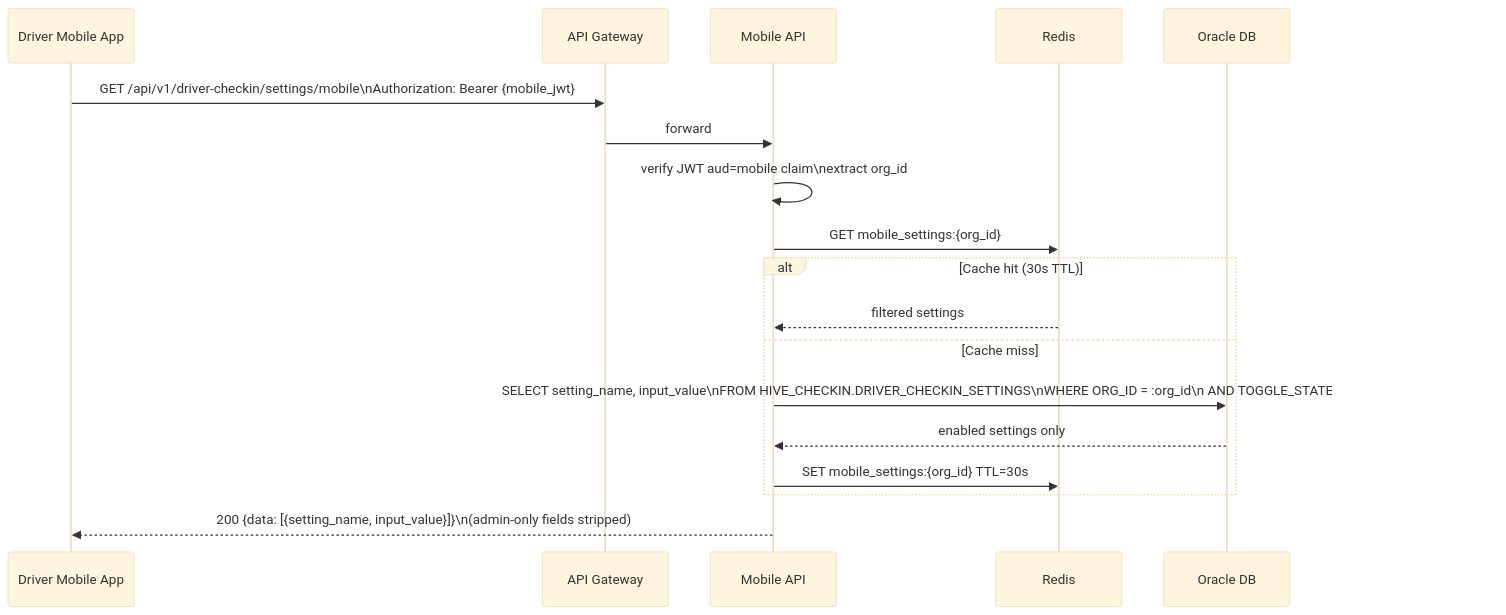
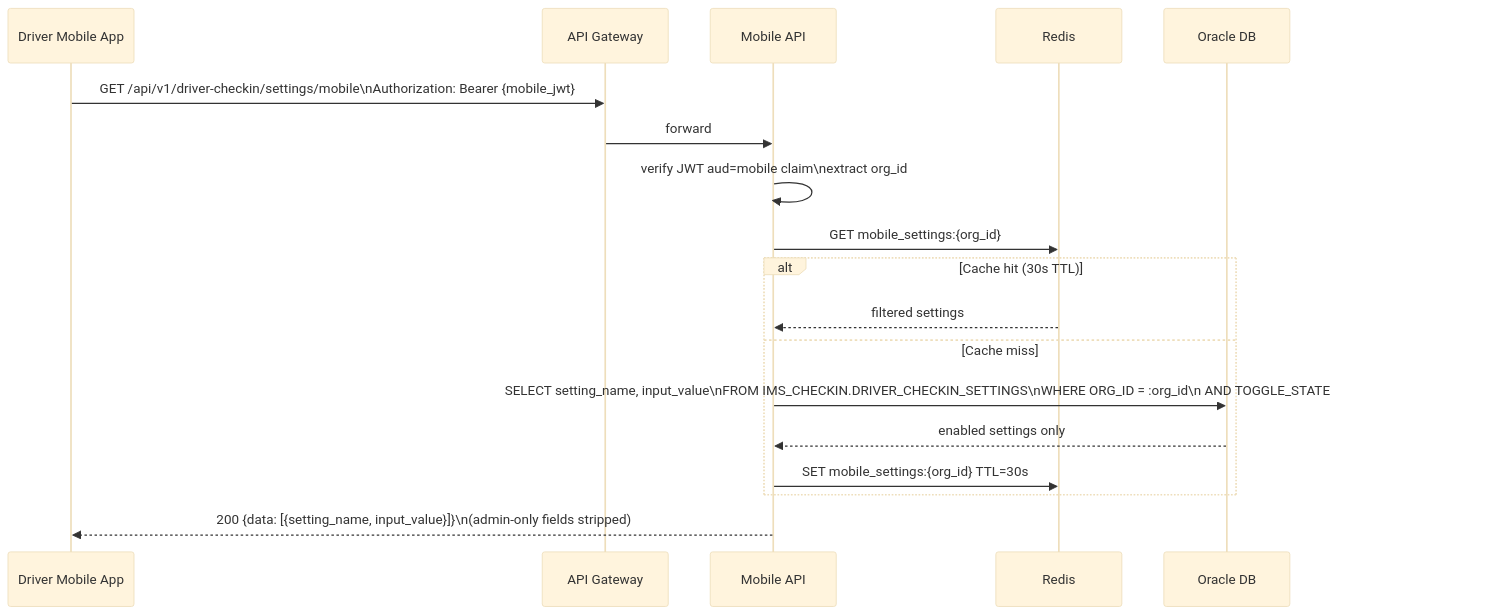
Before and after one commit to shpratx/sfi-demo: the sixth of 9 diagrams in design-docs/hld.md, drawn with Mermaid (base theme). The commit also changed other lines of this file and 139 other files, not shown here.

````diff
--- a/design-docs/hld.md
+++ b/design-docs/hld.md
@@ -199,23 +198,23 @@
 ```mermaid
 sequenceDiagram
     participant MOB as Driver Mobile App
     participant GW as API Gateway
     participant MAPI as Mobile API
     participant REDIS as Redis
     participant ORA as Oracle DB
 
     MOB->>GW: GET /api/v1/driver-checkin/settings/mobile\nAuthorization: Bearer {mobile_jwt}
     GW->>MAPI: forward
     MAPI->>MAPI: verify JWT aud=mobile claim\nextract org_id
 
     MAPI->>REDIS: GET mobile_settings:{org_id}
     alt Cache hit (30s TTL)
         REDIS-->>MAPI: filtered settings
     else Cache miss
-        MAPI->>ORA: SELECT setting_name, input_value\nFROM HIVE_CHECKIN.DRIVER_CHECKIN_SETTINGS\nWHERE ORG_ID = :org_id\n  AND TOGGLE_STATE = 1\n  AND IS_DELETED = 0
+        MAPI->>ORA: SELECT setting_name, input_value\nFROM IMS_CHECKIN.DRIVER_CHECKIN_SETTINGS\nWHERE ORG_ID = :org_id\n  AND TOGGLE_STATE = 1\n  AND IS_DELETED = 0
         ORA-->>MAPI: enabled settings only
         MAPI->>REDIS: SET mobile_settings:{org_id} TTL=30s
     end
 
     MAPI-->>MOB: 200 {data: [{setting_name, input_value}]}\n(admin-only fields stripped)
 ```
````
